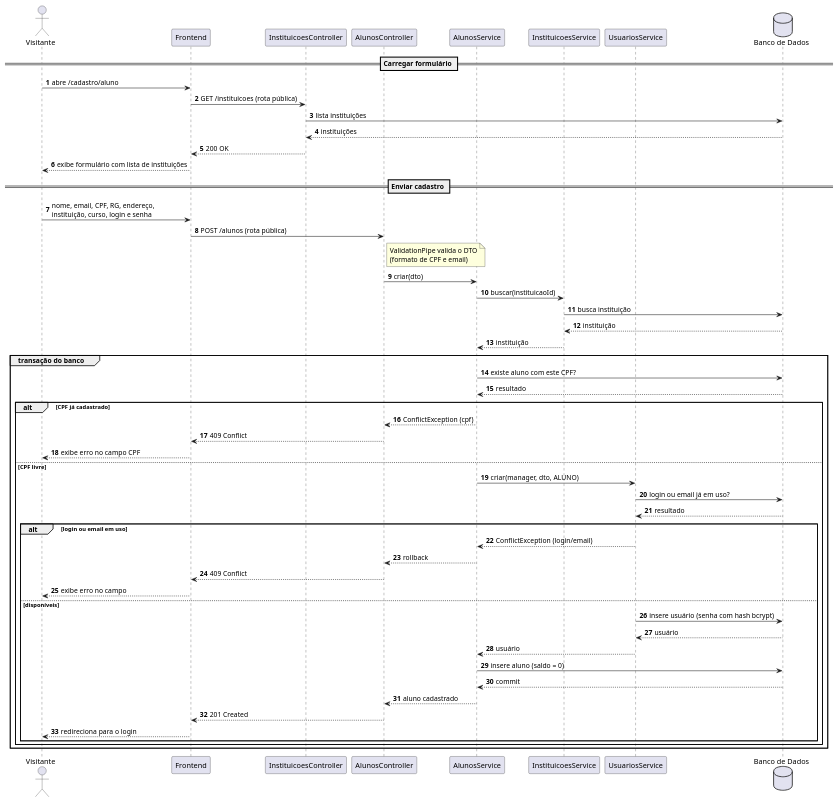
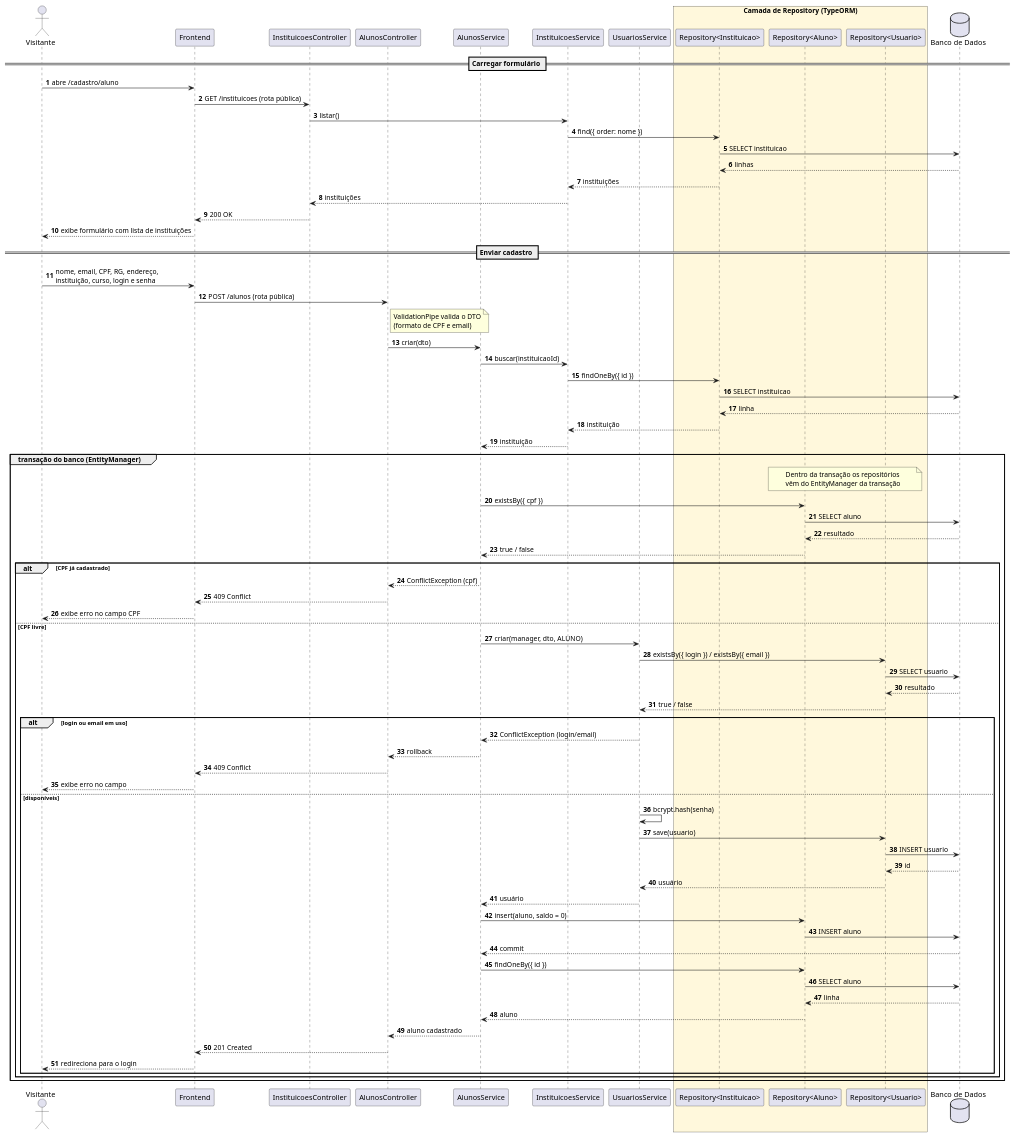
The diagram in docs/diagramas/sequencia/uc01-cadastrar-aluno.puml (pazzutti/lab03-sistema-moeda-estudantil), drawn with PlantUML before and after one commit. The commit also changed 21 other files, not shown here.

```diff
--- a/docs/diagramas/sequencia/uc01-cadastrar-aluno.puml
+++ b/docs/diagramas/sequencia/uc01-cadastrar-aluno.puml
@@ -1,67 +1,91 @@
 @startuml uc01_cadastrar_aluno
 ' =====================================================================
 ' Sistema de Moeda Estudantil
 ' Diagrama de Sequencia - UC01 Cadastrar-se como aluno (HU03)
 ' Fonte versionada em docs/diagramas/sequencia/uc01-cadastrar-aluno.puml
 ' =====================================================================
 
 skinparam shadowing false
 autonumber
 
 actor Visitante
 participant Frontend
 participant "InstituicoesController" as InstCtrl
 participant "AlunosController" as Controller
 participant "AlunosService" as Service
 participant "InstituicoesService" as InstService
 participant "UsuariosService" as Usuarios
+box "Camada de Repository (TypeORM)" #FFF8DC
+  participant "Repository<Instituicao>" as InstRepo
+  participant "Repository<Aluno>" as AlunoRepo
+  participant "Repository<Usuario>" as UsuarioRepo
+end box
 database "Banco de Dados" as BD
 
 == Carregar formulário ==
 Visitante -> Frontend : abre /cadastro/aluno
 Frontend -> InstCtrl : GET /instituicoes (rota pública)
-InstCtrl -> BD : lista instituições
-BD --> InstCtrl : instituições
+InstCtrl -> InstService : listar()
+InstService -> InstRepo : find({ order: nome })
+InstRepo -> BD : SELECT instituicao
+BD --> InstRepo : linhas
+InstRepo --> InstService : instituições
+InstService --> InstCtrl : instituições
 InstCtrl --> Frontend : 200 OK
 Frontend --> Visitante : exibe formulário com lista de instituições
 
 == Enviar cadastro ==
 Visitante -> Frontend : nome, email, CPF, RG, endereço,\ninstituição, curso, login e senha
 Frontend -> Controller : POST /alunos (rota pública)
 note right of Controller : ValidationPipe valida o DTO\n(formato de CPF e email)
 Controller -> Service : criar(dto)
 Service -> InstService : buscar(instituicaoId)
-InstService -> BD : busca instituição
-BD --> InstService : instituição
+InstService -> InstRepo : findOneBy({ id })
+InstRepo -> BD : SELECT instituicao
+BD --> InstRepo : linha
+InstRepo --> InstService : instituição
 InstService --> Service : instituição
 
-group transação do banco
-  Service -> BD : existe aluno com este CPF?
-  BD --> Service : resultado
+group transação do banco (EntityManager)
+  note over AlunoRepo, UsuarioRepo : Dentro da transação os repositórios\nvêm do EntityManager da transação
+  Service -> AlunoRepo : existsBy({ cpf })
+  AlunoRepo -> BD : SELECT aluno
+  BD --> AlunoRepo : resultado
+  AlunoRepo --> Service : true / false
   alt CPF já cadastrado
     Service --> Controller : ConflictException (cpf)
     Controller --> Frontend : 409 Conflict
     Frontend --> Visitante : exibe erro no campo CPF
   else CPF livre
     Service -> Usuarios : criar(manager, dto, ALUNO)
-    Usuarios -> BD : login ou email já em uso?
-    BD --> Usuarios : resultado
+    Usuarios -> UsuarioRepo : existsBy({ login }) / existsBy({ email })
+    UsuarioRepo -> BD : SELECT usuario
+    BD --> UsuarioRepo : resultado
+    UsuarioRepo --> Usuarios : true / false
     alt login ou email em uso
       Usuarios --> Service : ConflictException (login/email)
       Service --> Controller : rollback
       Controller --> Frontend : 409 Conflict
       Frontend --> Visitante : exibe erro no campo
     else disponíveis
-      Usuarios -> BD : insere usuário (senha com hash bcrypt)
-      BD --> Usuarios : usuário
+      Usuarios -> Usuarios : bcrypt.hash(senha)
+      Usuarios -> UsuarioRepo : save(usuario)
+      UsuarioRepo -> BD : INSERT usuario
+      BD --> UsuarioRepo : id
+      UsuarioRepo --> Usuarios : usuário
       Usuarios --> Service : usuário
-      Service -> BD : insere aluno (saldo = 0)
+      Service -> AlunoRepo : insert(aluno, saldo = 0)
+      AlunoRepo -> BD : INSERT aluno
       BD --> Service : commit
+      Service -> AlunoRepo : findOneBy({ id })
+      AlunoRepo -> BD : SELECT aluno
+      BD --> AlunoRepo : linha
+      AlunoRepo --> Service : aluno
       Service --> Controller : aluno cadastrado
       Controller --> Frontend : 201 Created
       Frontend --> Visitante : redireciona para o login
     end
   end
 end
 
 @enduml
```
